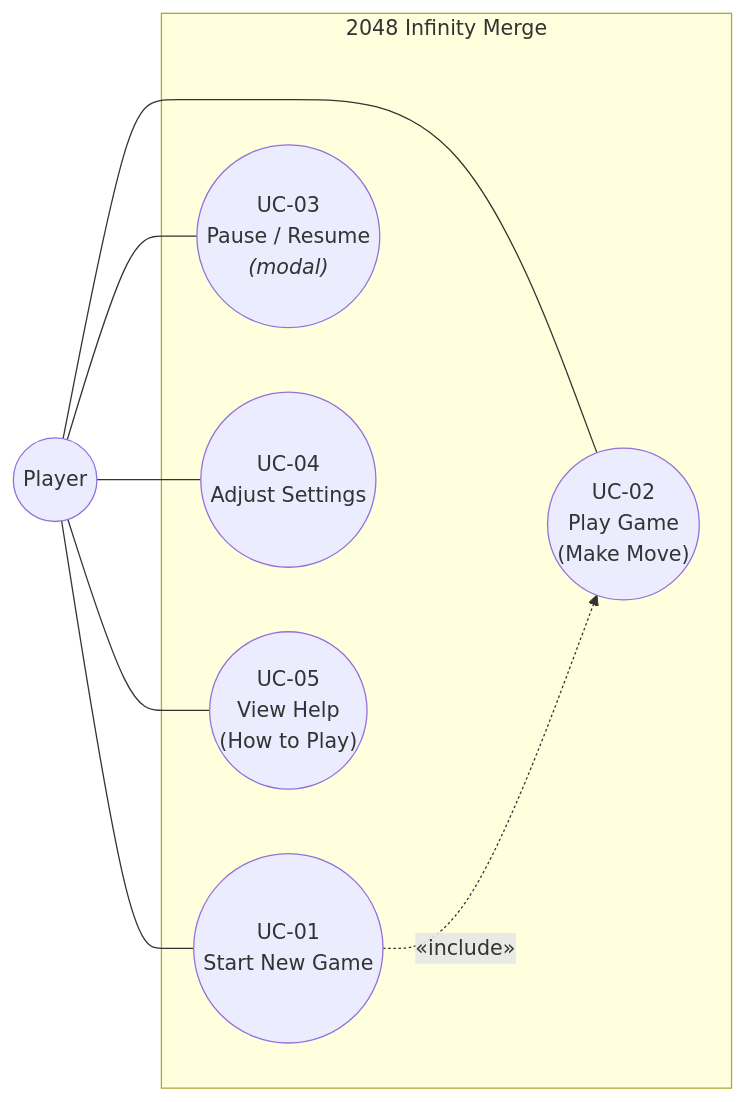
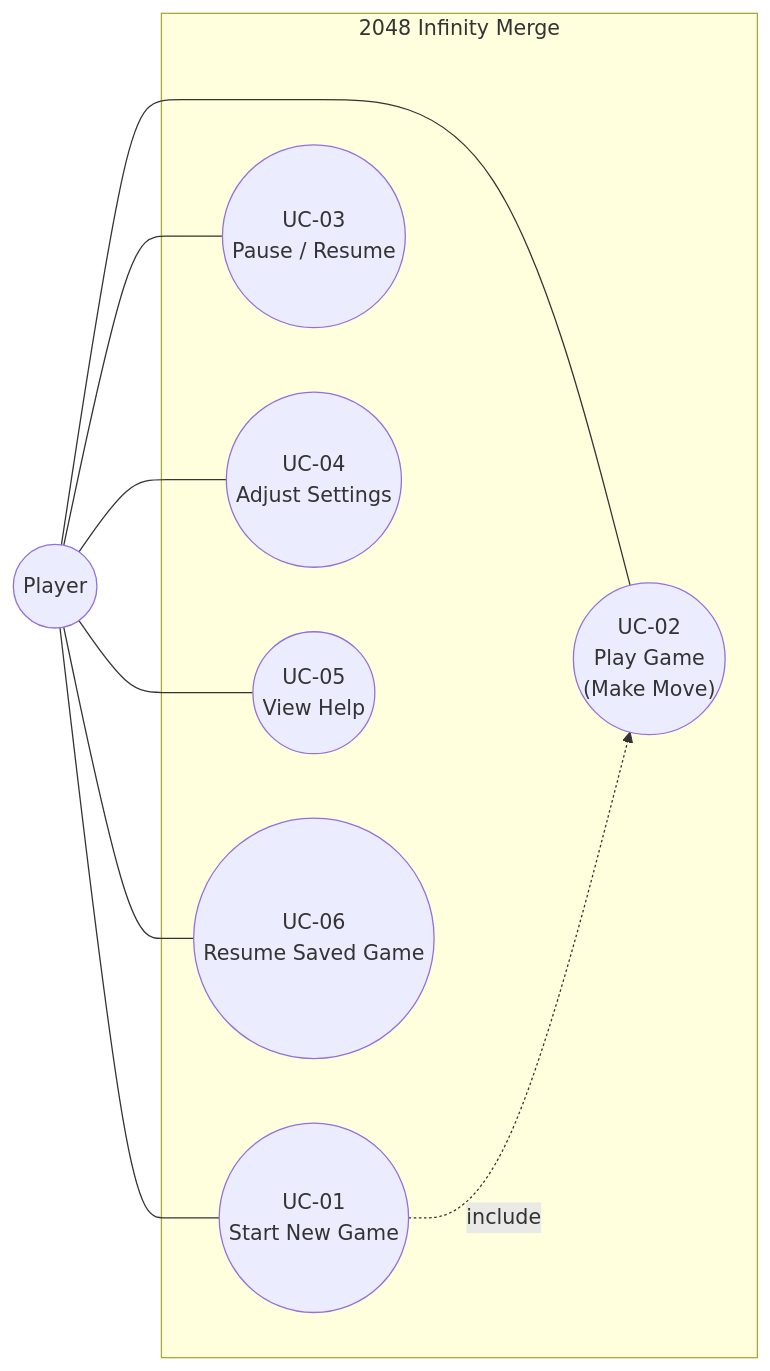
The third of 3 diagrams in Docs/software_requirement.md (LeThaiAn15112004/2048-Infinity-Merge), drawn with Mermaid before and after one commit. The commit also changed other lines of this file and 56 other files, not shown here.

````diff
--- a/Docs/software_requirement.md
+++ b/Docs/software_requirement.md
@@ -73,20 +74,22 @@
 ```mermaid
 flowchart LR
     Player(("Player"))
 
     subgraph System["2048 Infinity Merge"]
         UC1(("UC-01<br/>Start New Game"))
         UC2(("UC-02<br/>Play Game<br/>(Make Move)"))
-        UC3(("UC-03<br/>Pause / Resume<br/><i>(modal)</i>"))
+        UC3(("UC-03<br/>Pause / Resume"))
         UC4(("UC-04<br/>Adjust Settings"))
-        UC5(("UC-05<br/>View Help<br/>(How to Play)"))
+        UC5(("UC-05<br/>View Help"))
+        UC6(("UC-06<br/>Resume Saved Game"))
     end
 
     Player --- UC1
     Player --- UC2
     Player --- UC3
     Player --- UC4
     Player --- UC5
+    Player --- UC6
 
-    UC1 -. "&laquo;include&raquo;" .-> UC2
+    UC1 -. "include" .-> UC2
 ```
````
